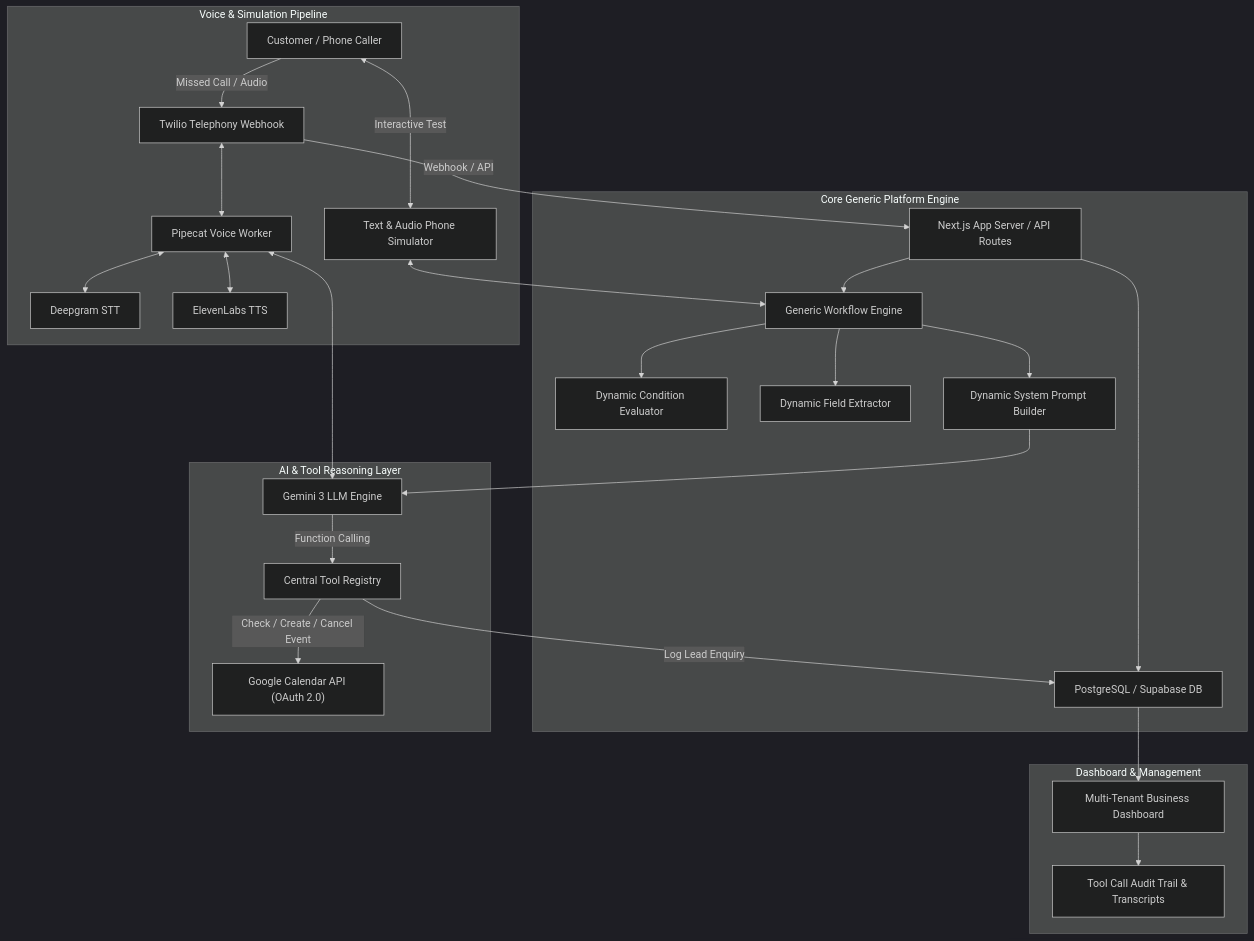
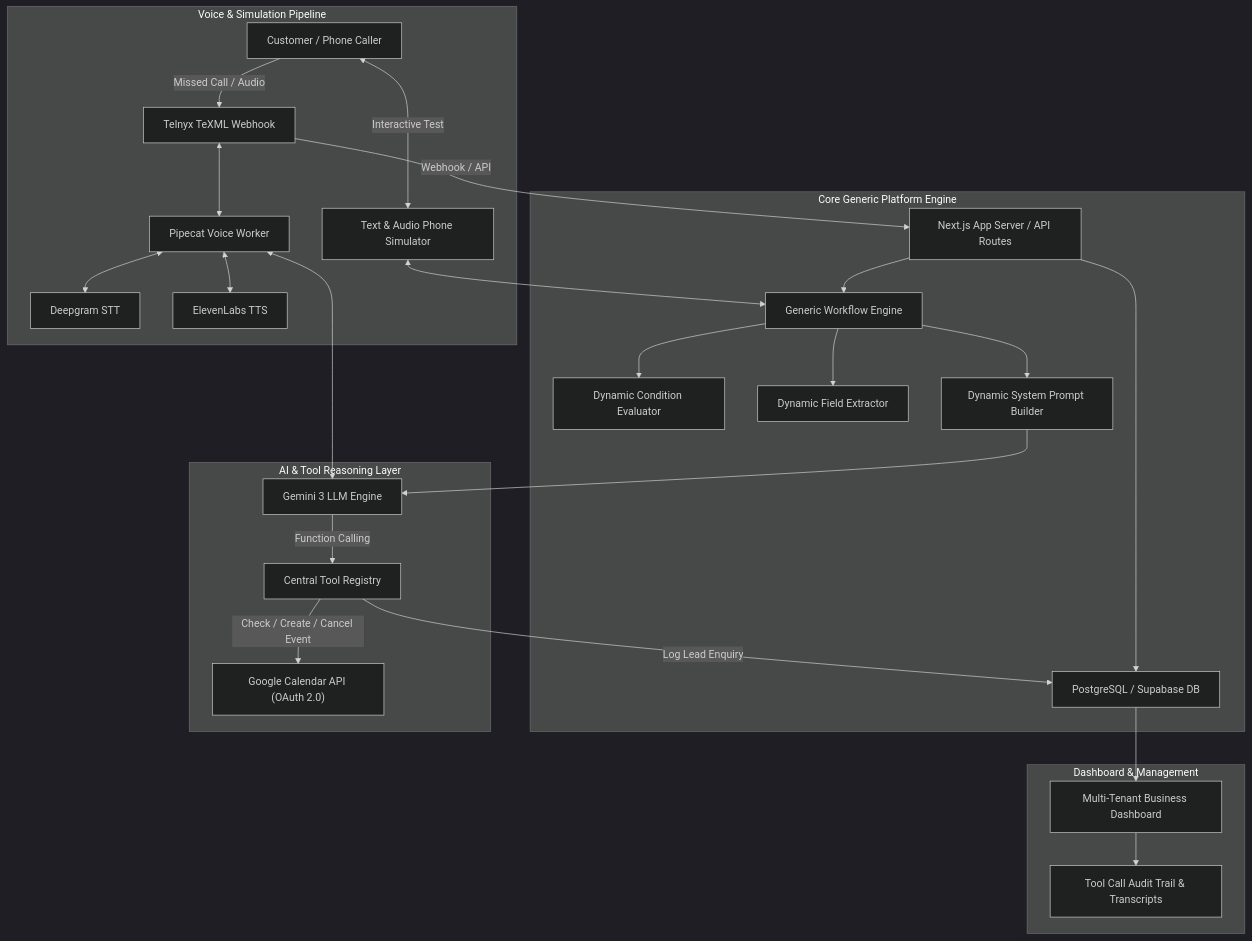
Before and after one commit to nishanthucode/voice-ai: the diagram in docs/architecture.md, drawn with Mermaid (dark theme). The commit also changed other lines of this file and 8 other files, not shown here.

````diff
--- a/docs/architecture.md
+++ b/docs/architecture.md
@@ -11,34 +11,34 @@
 ```mermaid
 graph TD
-    User["Customer / Phone Caller"] -->|Missed Call / Audio| Twilio["Twilio Telephony Webhook"]
-    Twilio -->|Webhook / API| API["Next.js App Server / API Routes"]
+    User["Customer / Phone Caller"] -->|Missed Call / Audio| Telnyx["Telnyx TeXML Webhook"]
+    Telnyx -->|Webhook / API| API["Next.js App Server / API Routes"]
     
     subgraph "Core Generic Platform Engine"
         API --> DB["PostgreSQL / Supabase DB"]
         API --> Engine["Generic Workflow Engine"]
         Engine --> ConditionEval["Dynamic Condition Evaluator"]
         Engine --> FieldExtract["Dynamic Field Extractor"]
         Engine --> PromptBuilder["Dynamic System Prompt Builder"]
     end
 
     subgraph "AI & Tool Reasoning Layer"
         PromptBuilder --> Gemini["Gemini 3 LLM Engine"]
         Gemini -->|Function Calling| ToolRegistry["Central Tool Registry"]
         ToolRegistry -->|Check / Create / Cancel Event| GCal["Google Calendar API (OAuth 2.0)"]
         ToolRegistry -->|Log Lead Enquiry| DB
     end
 
     subgraph "Voice & Simulation Pipeline"
         User <-->|Interactive Test| Simulator["Text & Audio Phone Simulator"]
         Simulator <--> Engine
-        Twilio <--> Pipecat["Pipecat Voice Worker"]
+        Telnyx <--> Pipecat["Pipecat Voice Worker"]
         Pipecat <--> Deepgram["Deepgram STT"]
         Pipecat <--> ElevenLabs["ElevenLabs TTS"]
         Pipecat <--> Gemini
     end
 
     subgraph "Dashboard & Management"
         DB --> Dashboard["Multi-Tenant Business Dashboard"]
         Dashboard --> AuditFeed["Tool Call Audit Trail & Transcripts"]
     end
 ```
````
